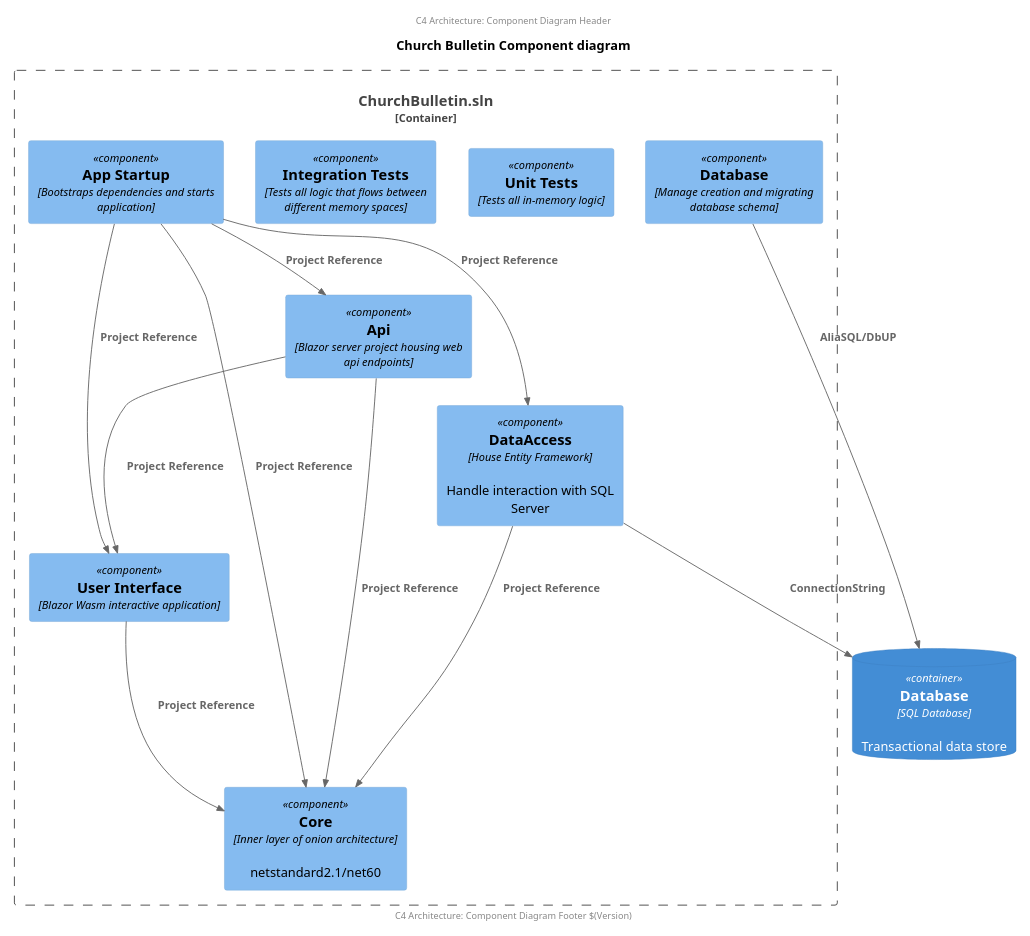
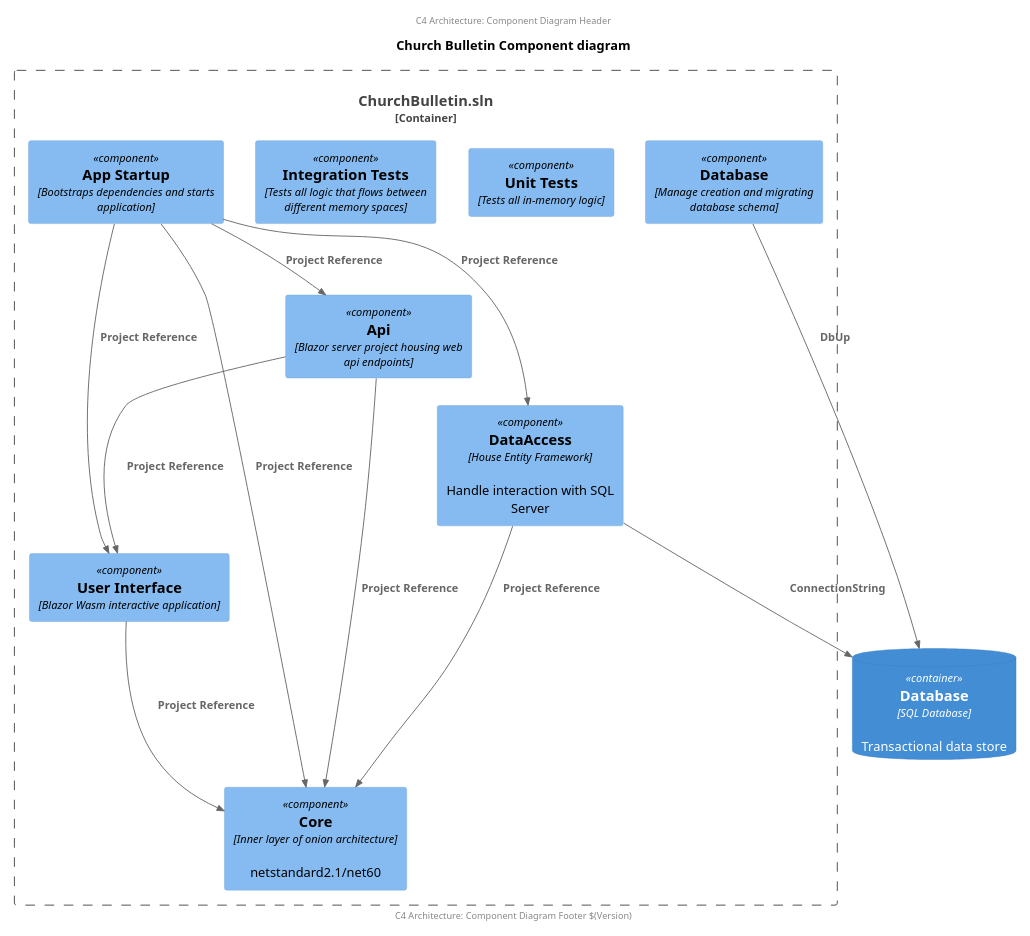
Before and after one commit to ClearMeasureLabs/bootcamp-palermo-workorders: the diagram in arch/arch-c4-component-project-dependencies.puml, drawn with PlantUML. The commit also changed 15 other files, not shown here.

Commit message:
Update architecture and environment configuration

```diff
--- a/arch/arch-c4-component-project-dependencies.puml
+++ b/arch/arch-c4-component-project-dependencies.puml
@@ -1,41 +1,41 @@
 @startuml
 
 scale 2/3
 'left to right direction
 center header
     C4 Architecture: Component Diagram Header
 endheader
 
 !includeurl https://raw.githubusercontent.com/RicardoNiepel/C4-PlantUML/master/C4_Component.puml
 
 title Church Bulletin Component diagram 
 
 ContainerDb(database, "Database", "SQL Database", "Transactional data store")
 
 Container_Boundary(visualstudiosolution, "ChurchBulletin.sln") {
     Component(core, "Core", "Inner layer of onion architecture", "netstandard2.1/net60")
     Component(dataAccess, "DataAccess", "House Entity Framework", "Handle interaction with SQL Server")
     Component(databaseProject, "Database", "Manage creation and migrating database schema")
     Component(unitTests, "Unit Tests", "Tests all in-memory logic")
     Component(integrationTests, "Integration Tests", "Tests all logic that flows between different memory spaces")
     Component(uiServer, "Api", "Blazor server project housing web api endpoints")
     Component(uiClient, "User Interface", "Blazor Wasm interactive application")
     Component(startup, "App Startup", "Bootstraps dependencies and starts application")
 }
 
 Rel(dataAccess, core, "Project Reference")
 Rel(uiServer, core, "Project Reference")
 Rel(uiClient, core, "Project Reference")
-Rel(databaseProject, database, "AliaSQL/DbUP")
+Rel(databaseProject, database, "DbUp")
 Rel(uiServer, uiClient, "Project Reference")
 Rel(dataAccess, database, "ConnectionString")
 Rel(startup, core, "Project Reference")
 Rel(startup, dataAccess, "Project Reference")
 Rel(startup, uiServer, "Project Reference")
 Rel(startup, uiClient, "Project Reference")
 
 
 center footer
     C4 Architecture: Component Diagram Footer $(Version)
 endfooter
 @enduml
```
